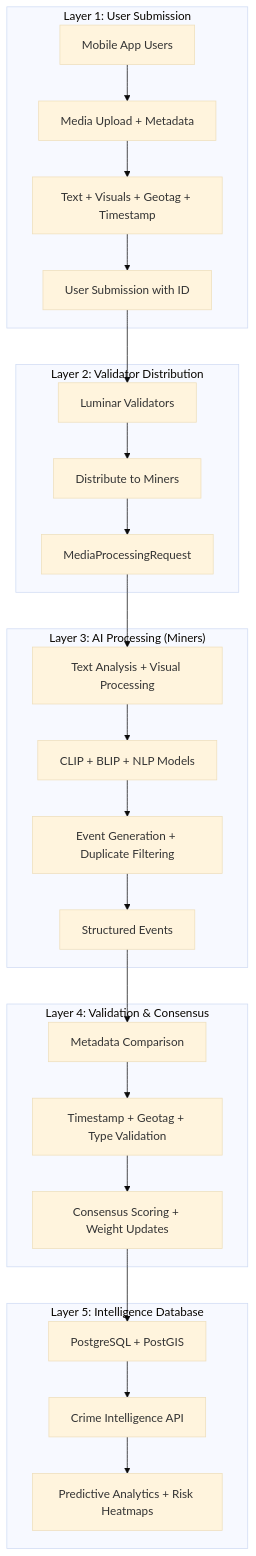
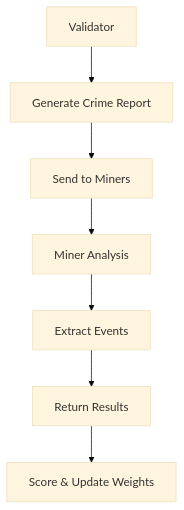
One commit to Luminar-Network/LUM-subnet changed the diagram in README.md. Above: the diagram before and after it, drawn with Mermaid (base theme). The commit also changed other lines of this file and 8 other files, not shown here.

````diff
--- a/README.md
+++ b/README.md
@@ -68,33 +56,9 @@
 ```mermaid
 graph TB
-    subgraph "Layer 1: User Submission"
-        A[Mobile App Users] --> B[Media Upload + Metadata]
-        B --> C[Text + Visuals + Geotag + Timestamp]
-        C --> D[User Submission with ID]
-    end
-    
-    subgraph "Layer 2: Validator Distribution"
-        D --> E[Luminar Validators]
-        E --> F[Distribute to Miners]
-        F --> G[MediaProcessingRequest]
-    end
-    
-    subgraph "Layer 3: AI Processing (Miners)"
-        G --> H[Text Analysis + Visual Processing]
-        H --> I[CLIP + BLIP + NLP Models]
-        I --> J[Event Generation + Duplicate Filtering]
-        J --> K[Structured Events]
-    end
-    
-    subgraph "Layer 4: Validation & Consensus"
-        K --> L[Metadata Comparison]
-        L --> M[Timestamp + Geotag + Type Validation]
-        M --> N[Consensus Scoring + Weight Updates]
-    end
-    
-    subgraph "Layer 5: Intelligence Database"
-        N --> O[PostgreSQL + PostGIS]
-        O --> P[Crime Intelligence API]
-        P --> Q[Predictive Analytics + Risk Heatmaps]
-    end
+    A[Validator] --> B[Generate Crime Report]
+    B --> C[Send to Miners]
+    C --> D[Miner Analysis]
+    D --> E[Extract Events]
+    E --> F[Return Results]
+    F --> G[Score & Update Weights]
 ```
````
